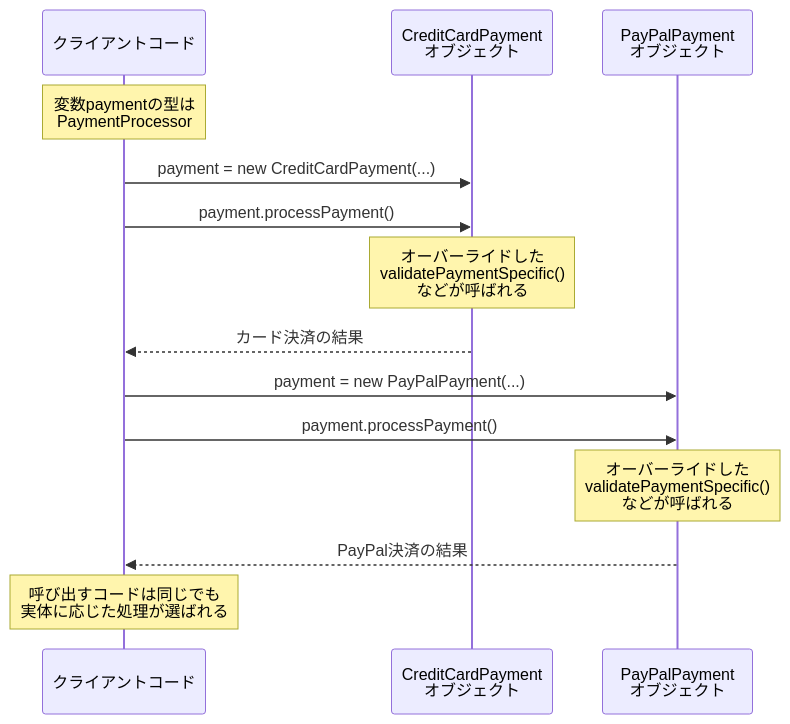
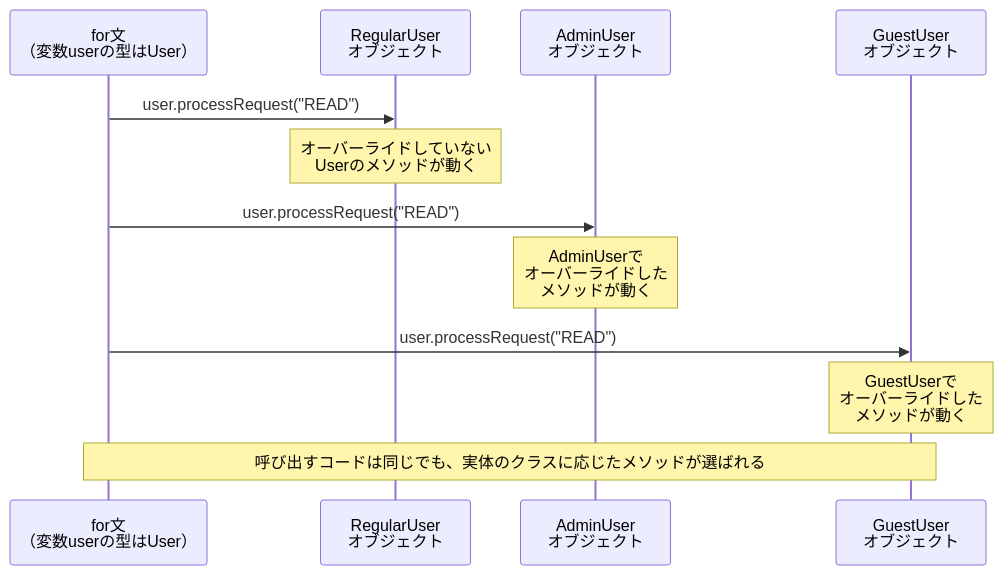
One commit to Nagatani/techbook-java-primer changed the diagram in docs/diagrams/chapter05-polymorphism.mmd. Above: the diagram before and after it, drawn with Mermaid. The commit also changed 31 other files, not shown here.

First line of the commit message:
fix: 第1〜8章を校閲し、技術的な誤り・図の食い違い・表記を直す

```diff
--- a/docs/diagrams/chapter05-polymorphism.mmd
+++ b/docs/diagrams/chapter05-polymorphism.mmd
@@ -1,17 +1,14 @@
 sequenceDiagram
-    participant Client as クライアントコード
-    participant CC as CreditCardPayment<br/>オブジェクト
-    participant PY as PayPalPayment<br/>オブジェクト
+    participant F as for文<br/>（変数userの型はUser）
+    participant R as RegularUser<br/>オブジェクト
+    participant A as AdminUser<br/>オブジェクト
+    participant G as GuestUser<br/>オブジェクト
 
-    Note over Client: 変数paymentの型は<br/>PaymentProcessor
-    Client->>CC: payment = new CreditCardPayment(...)
-    Client->>CC: payment.processPayment()
-    Note over CC: オーバーライドした<br/>validatePaymentSpecific()<br/>などが呼ばれる
-    CC-->>Client: カード決済の結果
+    F->>R: user.processRequest("READ")
+    Note over R: オーバーライドしていない<br/>Userのメソッドが動く
+    F->>A: user.processRequest("READ")
+    Note over A: AdminUserで<br/>オーバーライドした<br/>メソッドが動く
+    F->>G: user.processRequest("READ")
+    Note over G: GuestUserで<br/>オーバーライドした<br/>メソッドが動く
 
-    Client->>PY: payment = new PayPalPayment(...)
-    Client->>PY: payment.processPayment()
-    Note over PY: オーバーライドした<br/>validatePaymentSpecific()<br/>などが呼ばれる
-    PY-->>Client: PayPal決済の結果
-
-    Note over Client: 呼び出すコードは同じでも<br/>実体に応じた処理が選ばれる
+    Note over F,G: 呼び出すコードは同じでも、実体のクラスに応じたメソッドが選ばれる
```
